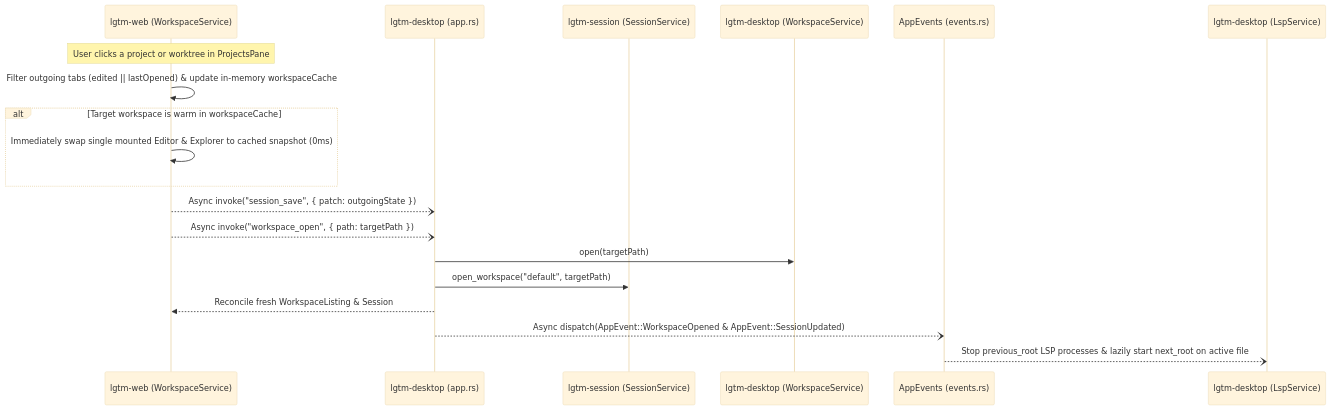
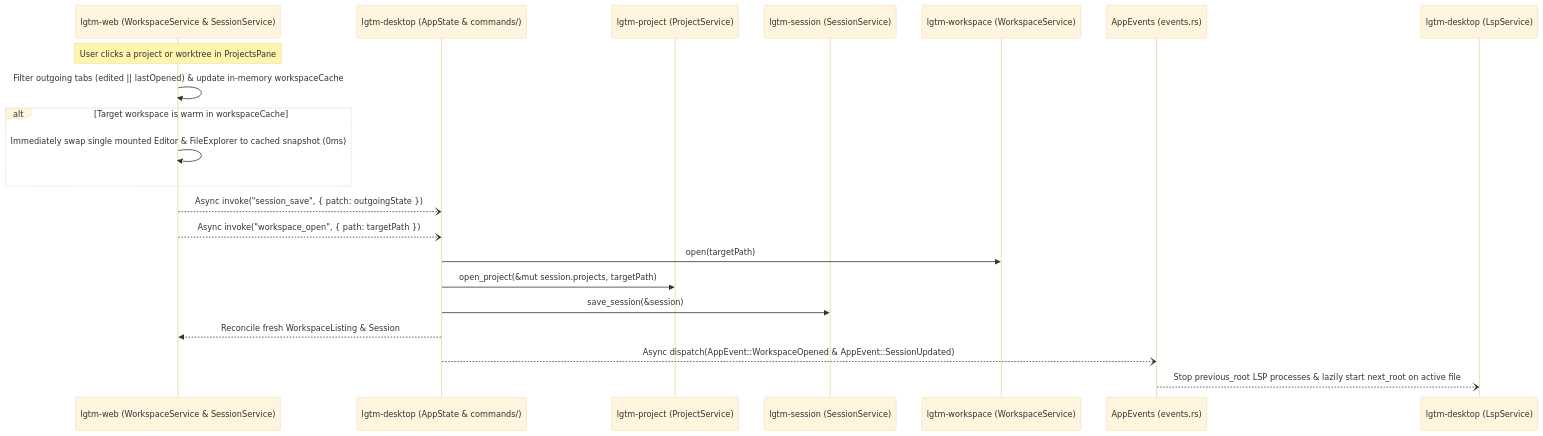
Before and after one commit to difflab-io/lgtm: the third of 5 diagrams in docs/architecture/desktop/projects.md, drawn with Mermaid (base theme). The commit also changed other lines of this file and 17 other files, not shown here.

First line of the commit message:
refactor(session,desktop,rsutils,docs): orchestrate projects in desktop host and sync docs

````diff
--- a/docs/architecture/desktop/projects.md
+++ b/docs/architecture/desktop/projects.md
@@ -108,22 +116,24 @@
 ```mermaid
 sequenceDiagram
-    participant UI as lgtm-web (WorkspaceService)
-    participant Host as lgtm-desktop (app.rs)
+    participant UI as lgtm-web (WorkspaceService & SessionService)
+    participant Host as lgtm-desktop (AppState & commands/)
+    participant Proj as lgtm-project (ProjectService)
     participant Sess as lgtm-session (SessionService)
-    participant Ws as lgtm-desktop (WorkspaceService)
+    participant Ws as lgtm-workspace (WorkspaceService)
     participant Bus as AppEvents (events.rs)
     participant Lsp as lgtm-desktop (LspService)
 
     Note over UI: User clicks a project or worktree in ProjectsPane
     UI->>UI: Filter outgoing tabs (edited || lastOpened) & update in-memory workspaceCache
     alt Target workspace is warm in workspaceCache
-        UI->>UI: Immediately swap single mounted Editor & Explorer to cached snapshot (0ms)
+        UI->>UI: Immediately swap single mounted Editor & FileExplorer to cached snapshot (0ms)
     end
     UI--)Host: Async invoke("session_save", { patch: outgoingState })
     UI--)Host: Async invoke("workspace_open", { path: targetPath })
     Host->>Ws: open(targetPath)
-    Host->>Sess: open_workspace("default", targetPath)
+    Host->>Proj: open_project(&mut session.projects, targetPath)
+    Host->>Sess: save_session(&session)
     Host-->>UI: Reconcile fresh WorkspaceListing & Session
     Host--)Bus: Async dispatch(AppEvent::WorkspaceOpened & AppEvent::SessionUpdated)
     Bus--)Lsp: Stop previous_root LSP processes & lazily start next_root on active file
 ```
````
